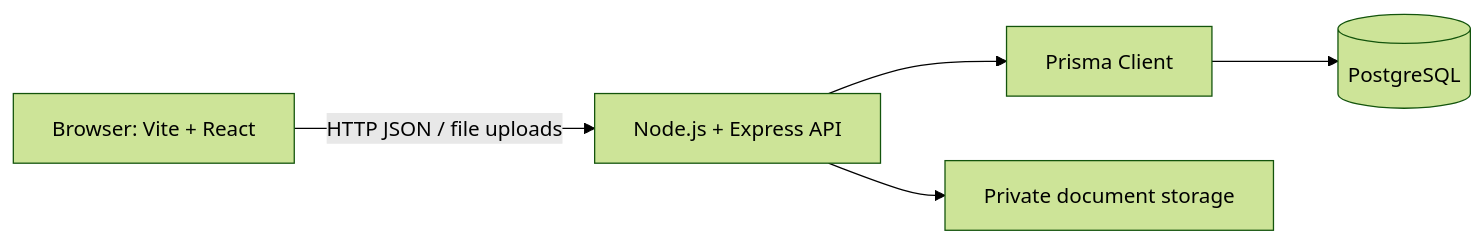
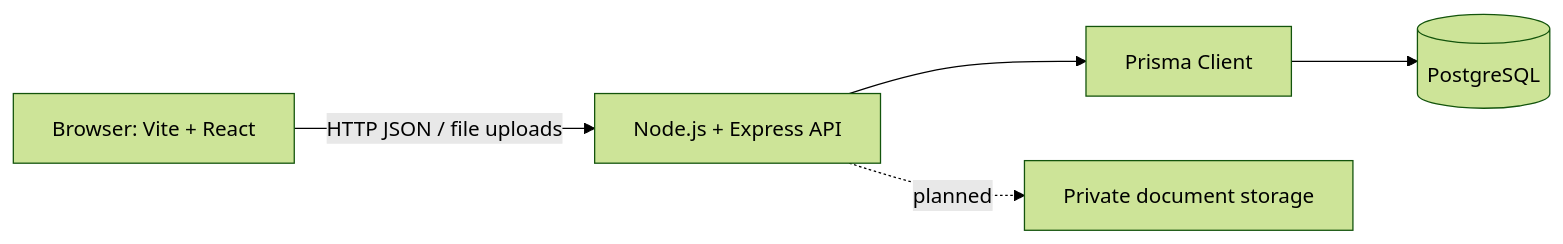
Before and after one commit to Prakhar-Jaiswal17/AYUSH-Startup-Registration-Portal: the diagram in docs/architecture.md, drawn with Mermaid (forest theme). The commit also changed other lines of this file and 17 other files, not shown here.

Commit message:
feat(frontend): prepare API client and clean up application flow

````diff
--- a/docs/architecture.md
+++ b/docs/architecture.md
@@ -15,7 +25,7 @@
 ```mermaid
 flowchart LR
   Browser[Browser: Vite + React] -->|HTTP JSON / file uploads| API[Node.js + Express API]
   API --> Prisma[Prisma Client]
   Prisma --> DB[(PostgreSQL)]
-  API --> Storage[Private document storage]
+  API -. planned .-> Storage[Private document storage]
 ```
````
